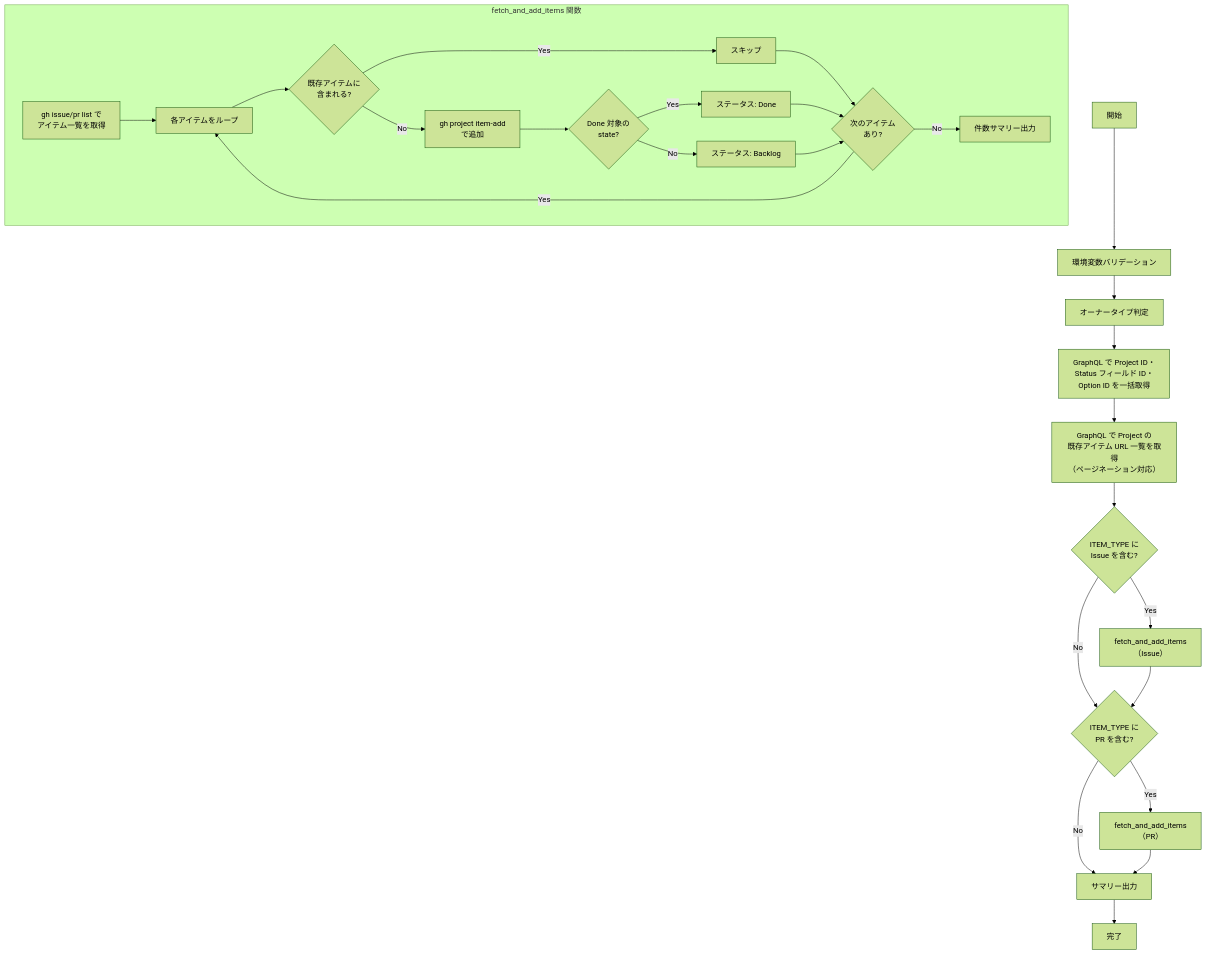
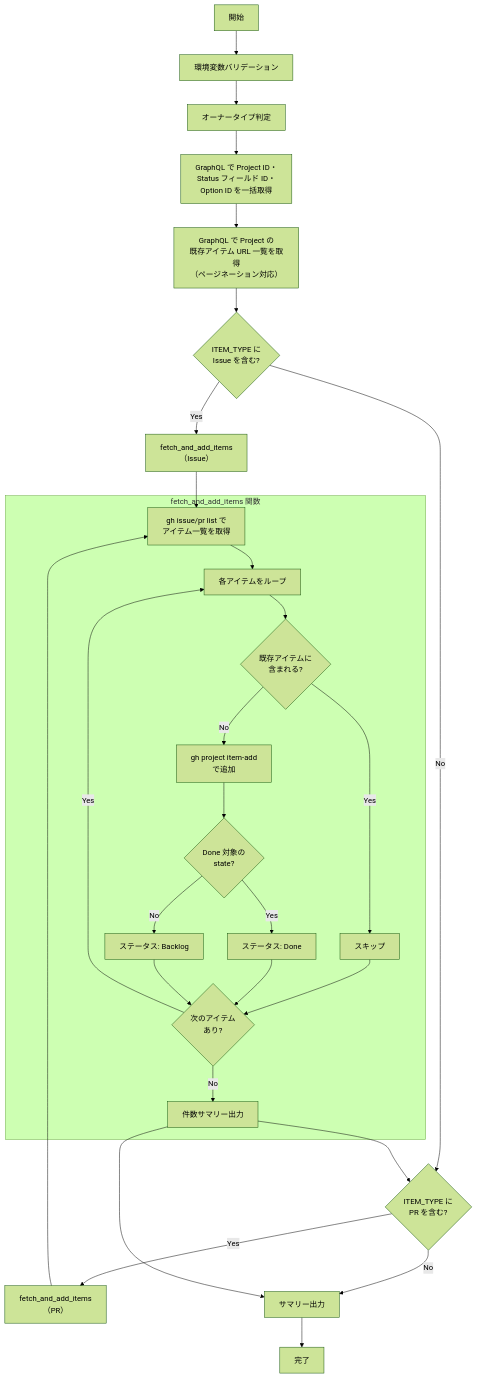
The diagram in docs/scripts/add-items-to-project.md (lurest-inc/github-projects-ops-kit), drawn with Mermaid (forest theme) before and after one commit.

Commit message:
docs: add-items-to-project のフローチャートでメインフローとサブグラフを接続
メインフローの fetch_and_add_items 呼び出しノード (G, I) からサブグラフ内の
開始ノード (M) への接続、およびサブグラフの終了ノード (V) からメインフローへの
復帰接続を追加し、1つのまとまった処理フロー図として表示されるように修正。

Closes #160

````diff
--- a/docs/scripts/add-items-to-project.md
+++ b/docs/scripts/add-items-to-project.md
@@ -20,30 +20,32 @@
 ```mermaid
 flowchart TD
     A["開始"] --> B["環境変数バリデーション"]
     B --> C["オーナータイプ判定"]
     C --> D["GraphQL で Project ID・\nStatus フィールド ID・\nOption ID を一括取得"]
     D --> E["GraphQL で Project の\n既存アイテム URL 一覧を取得\n（ページネーション対応）"]
 
     E --> F{"ITEM_TYPE に\nIssue を含む?"}
     F -- "Yes" --> G["fetch_and_add_items\n（Issue）"]
     F -- "No" --> H{"ITEM_TYPE に\nPR を含む?"}
-    G --> H
+    G --> M
+    V --> H
 
     H -- "Yes" --> I["fetch_and_add_items\n（PR）"]
     H -- "No" --> J["サマリー出力"]
-    I --> J
+    I --> M
+    V --> J
     J --> K["完了"]
 
     subgraph L["fetch_and_add_items 関数"]
         M["gh issue/pr list で\nアイテム一覧を取得"] --> N["各アイテムをループ"]
         N --> O{"既存アイテムに\n含まれる?"}
         O -- "Yes" --> P["スキップ"]
         O -- "No" --> Q["gh project item-add\nで追加"]
         Q --> R{"Done 対象の\nstate?"}
         R -- "Yes" --> S["ステータス: Done"]
         R -- "No" --> T["ステータス: Backlog"]
         P & S & T --> U{"次のアイテム\nあり?"}
         U -- "Yes" --> N
         U -- "No" --> V["件数サマリー出力"]
     end
 ```
````
